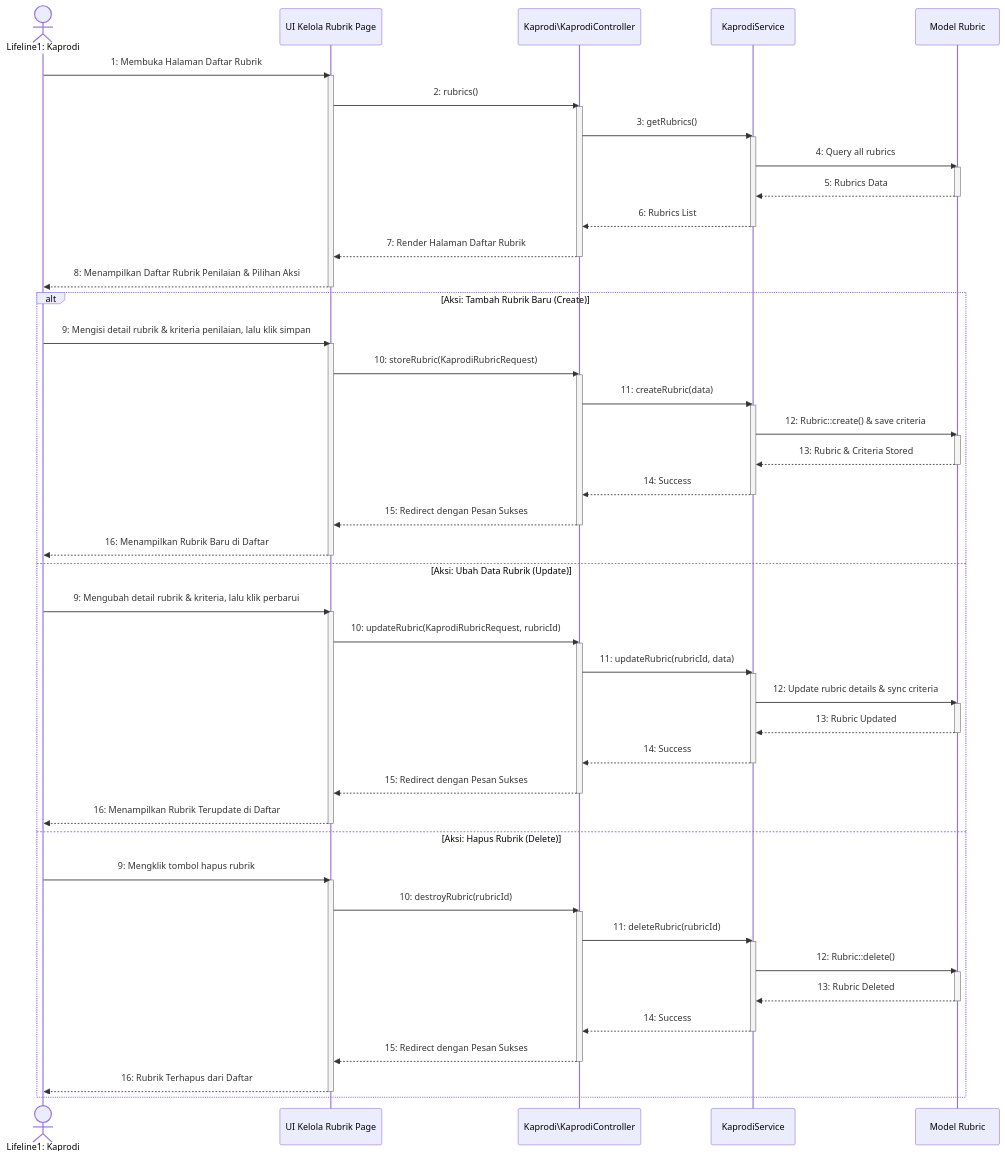
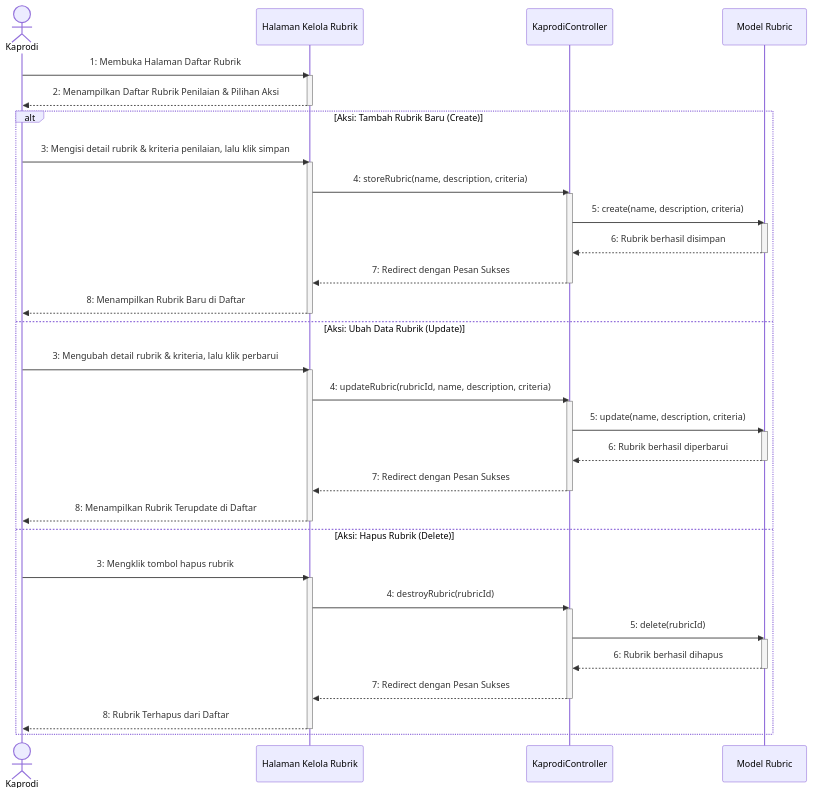
One commit to Duandi04/ta_submission changed the diagram in docs/uml/Sequence Diagram/Kaprodi/sequence_diagram_kelola_rubrik_penilaian.md. Above: the diagram before and after it, drawn with Mermaid. The commit also changed other lines of this file and 8 other files, not shown here.

Commit message:
refactor: simplify sequence diagrams by removing backend service and library layers to focus on core controller-model interactions

````diff
--- a/docs/uml/Sequence Diagram/Kaprodi/sequence_diagram_kelola_rubrik_penilaian.md
+++ b/docs/uml/Sequence Diagram/Kaprodi/sequence_diagram_kelola_rubrik_penilaian.md
@@ -5,86 +5,61 @@
 ```mermaid
 sequenceDiagram
-    actor Kaprodi as Lifeline1: Kaprodi
-    participant UI as UI Kelola Rubrik Page
-    participant Ctrl as Kaprodi\KaprodiController
-    participant Svc as KaprodiService
-    participant M_Rubric as Model Rubric
+    actor Kaprodi as Kaprodi
+    participant UI as Halaman Kelola Rubrik
+    participant Ctrl as KaprodiController
+    participant Model as Model Rubric
 
     %% ==========================================
-    %% TAHAP AWAL: MEMBUKA HALAMAN DAFTAR RUBRIK (COMMON STEP)
+    %% TAHAP AWAL: MEMBUKA HALAMAN DAFTAR RUBRIK
     %% ==========================================
     Kaprodi->>UI: 1: Membuka Halaman Daftar Rubrik
     activate UI
-    UI->>Ctrl: 2: rubrics()
-    activate Ctrl
-    Ctrl->>Svc: 3: getRubrics()
-    activate Svc
-    Svc->>M_Rubric: 4: Query all rubrics
-    activate M_Rubric
-    M_Rubric-->>Svc: 5: Rubrics Data
-    deactivate M_Rubric
-    Svc-->>Ctrl: 6: Rubrics List
-    deactivate Svc
-    Ctrl-->>UI: 7: Render Halaman Daftar Rubrik
-    deactivate Ctrl
-    UI-->>Kaprodi: 8: Menampilkan Daftar Rubrik Penilaian & Pilihan Aksi
+    UI-->>Kaprodi: 2: Menampilkan Daftar Rubrik Penilaian & Pilihan Aksi
     deactivate UI
 
     %% ==========================================
     %% TAHAP LANJUTAN: PILIHAN TINDAKAN (ALT BLOCK)
     %% ==========================================
     alt Aksi: Tambah Rubrik Baru (Create)
-        Kaprodi->>UI: 9: Mengisi detail rubrik & kriteria penilaian, lalu klik simpan
+        Kaprodi->>UI: 3: Mengisi detail rubrik & kriteria penilaian, lalu klik simpan
         activate UI
-        UI->>Ctrl: 10: storeRubric(KaprodiRubricRequest)
+        UI->>Ctrl: 4: storeRubric(name, description, criteria)
         activate Ctrl
-        Ctrl->>Svc: 11: createRubric(data)
-        activate Svc
-        Svc->>M_Rubric: 12: Rubric::create() & save criteria
-        activate M_Rubric
-        M_Rubric-->>Svc: 13: Rubric & Criteria Stored
-        deactivate M_Rubric
-        Svc-->>Ctrl: 14: Success
-        deactivate Svc
-        Ctrl-->>UI: 15: Redirect dengan Pesan Sukses
+        Ctrl->>Model: 5: create(name, description, criteria)
+        activate Model
+        Model-->>Ctrl: 6: Rubrik berhasil disimpan
+        deactivate Model
+        Ctrl-->>UI: 7: Redirect dengan Pesan Sukses
         deactivate Ctrl
-        UI-->>Kaprodi: 16: Menampilkan Rubrik Baru di Daftar
+        UI-->>Kaprodi: 8: Menampilkan Rubrik Baru di Daftar
         deactivate UI
 
     else Aksi: Ubah Data Rubrik (Update)
-        Kaprodi->>UI: 9: Mengubah detail rubrik & kriteria, lalu klik perbarui
+        Kaprodi->>UI: 3: Mengubah detail rubrik & kriteria, lalu klik perbarui
         activate UI
-        UI->>Ctrl: 10: updateRubric(KaprodiRubricRequest, rubricId)
+        UI->>Ctrl: 4: updateRubric(rubricId, name, description, criteria)
         activate Ctrl
-        Ctrl->>Svc: 11: updateRubric(rubricId, data)
-        activate Svc
-        Svc->>M_Rubric: 12: Update rubric details & sync criteria
-        activate M_Rubric
-        M_Rubric-->>Svc: 13: Rubric Updated
-        deactivate M_Rubric
-        Svc-->>Ctrl: 14: Success
-        deactivate Svc
-        Ctrl-->>UI: 15: Redirect dengan Pesan Sukses
+        Ctrl->>Model: 5: update(name, description, criteria)
+        activate Model
+        Model-->>Ctrl: 6: Rubrik berhasil diperbarui
+        deactivate Model
+        Ctrl-->>UI: 7: Redirect dengan Pesan Sukses
         deactivate Ctrl
-        UI-->>Kaprodi: 16: Menampilkan Rubrik Terupdate di Daftar
+        UI-->>Kaprodi: 8: Menampilkan Rubrik Terupdate di Daftar
         deactivate UI
 
     else Aksi: Hapus Rubrik (Delete)
-        Kaprodi->>UI: 9: Mengklik tombol hapus rubrik
+        Kaprodi->>UI: 3: Mengklik tombol hapus rubrik
         activate UI
-        UI->>Ctrl: 10: destroyRubric(rubricId)
+        UI->>Ctrl: 4: destroyRubric(rubricId)
         activate Ctrl
-        Ctrl->>Svc: 11: deleteRubric(rubricId)
-        activate Svc
-        Svc->>M_Rubric: 12: Rubric::delete()
-        activate M_Rubric
-        M_Rubric-->>Svc: 13: Rubric Deleted
-        deactivate M_Rubric
-        Svc-->>Ctrl: 14: Success
-        deactivate Svc
-        Ctrl-->>UI: 15: Redirect dengan Pesan Sukses
+        Ctrl->>Model: 5: delete(rubricId)
+        activate Model
+        Model-->>Ctrl: 6: Rubrik berhasil dihapus
+        deactivate Model
+        Ctrl-->>UI: 7: Redirect dengan Pesan Sukses
         deactivate Ctrl
-        UI-->>Kaprodi: 16: Rubrik Terhapus dari Daftar
+        UI-->>Kaprodi: 8: Rubrik Terhapus dari Daftar
         deactivate UI
     end
 ```
````
